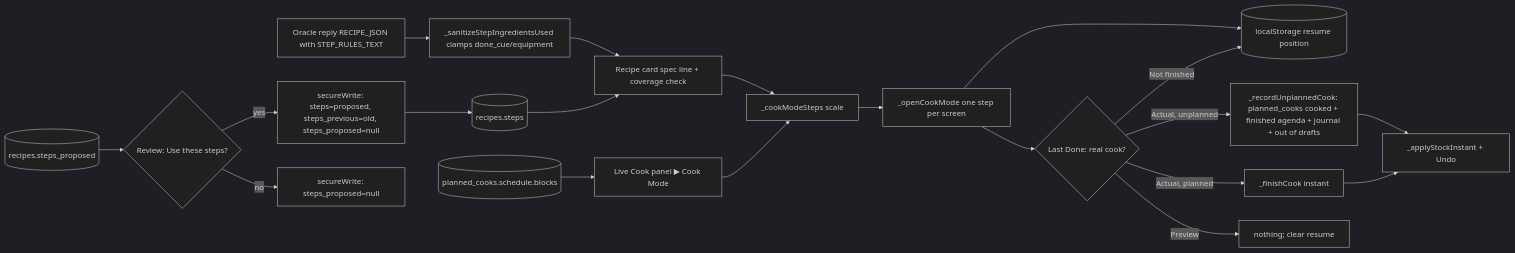
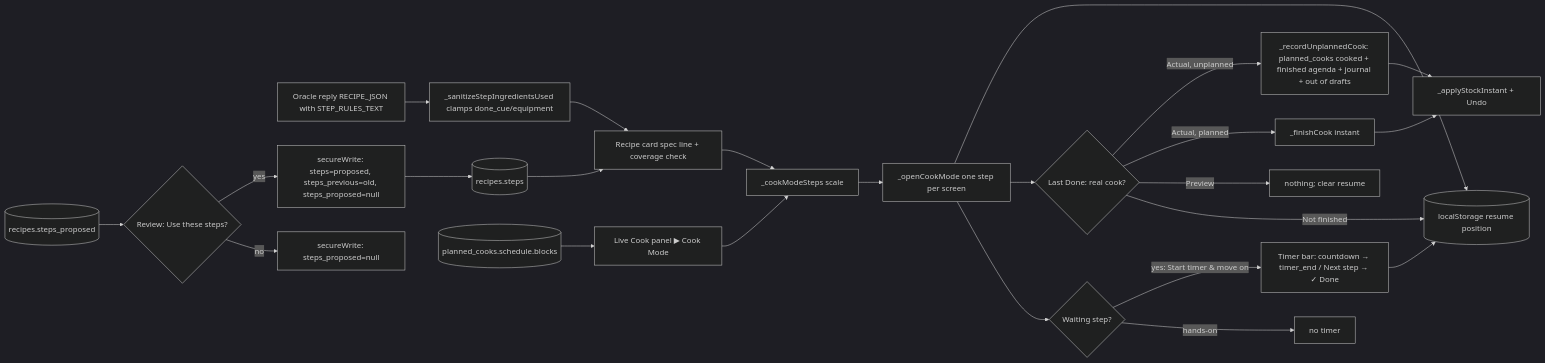
Before and after one commit to acesanyabeats-web/RPGACE: diagram 23 of 25 in system_flow_map.md, drawn with Mermaid (dark theme). The commit also changed 6 other files, not shown here.

````diff
--- a/system_flow_map.md
+++ b/system_flow_map.md
@@ -813,16 +813,19 @@
 ```mermaid
 flowchart LR
   G[Oracle reply RECIPE_JSON with STEP_RULES_TEXT] --> SAN[_sanitizeStepIngredientsUsed clamps done_cue/equipment] --> CARD[Recipe card spec line + coverage check]
   DB[(recipes.steps)] --> CARD
   PROP[(recipes.steps_proposed)] --> RV{Review: Use these steps?}
   RV -- yes --> W[secureWrite: steps=proposed, steps_previous=old, steps_proposed=null] --> DB
   RV -- no --> X[secureWrite: steps_proposed=null]
   CARD --> CMS[_cookModeSteps scale] --> CM[_openCookMode one step per screen]
   PC[(planned_cooks.schedule.blocks)] --> LIVE[Live Cook panel ▶ Cook Mode] --> CMS
   CM --> LS[(localStorage resume position)]
   CM --> Q{Last Done: real cook?}
   Q -- Actual, unplanned --> RU[_recordUnplannedCook: planned_cooks cooked + finished agenda + journal + out of drafts] --> INS[_applyStockInstant + Undo]
   Q -- Actual, planned --> FC[_finishCook instant] --> INS
   Q -- Preview --> NOP[nothing; clear resume]
   Q -- Not finished --> LS
+  CM --> PS{Waiting step?}
+  PS -- yes: Start timer & move on --> BAR[Timer bar: countdown → timer_end / Next step → ✓ Done] --> LS
+  PS -- hands-on --> NT[no timer]
 ```
````
